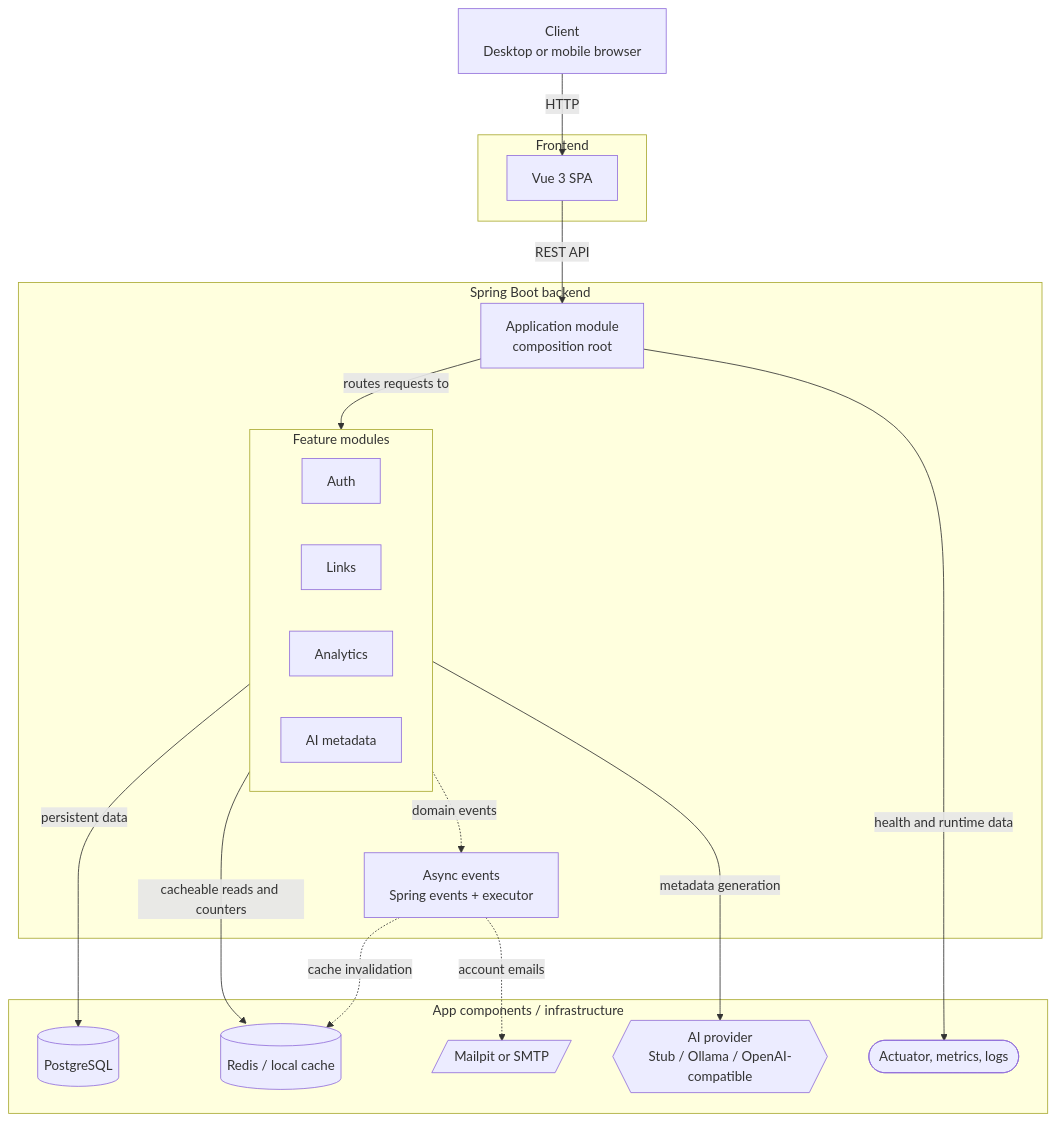
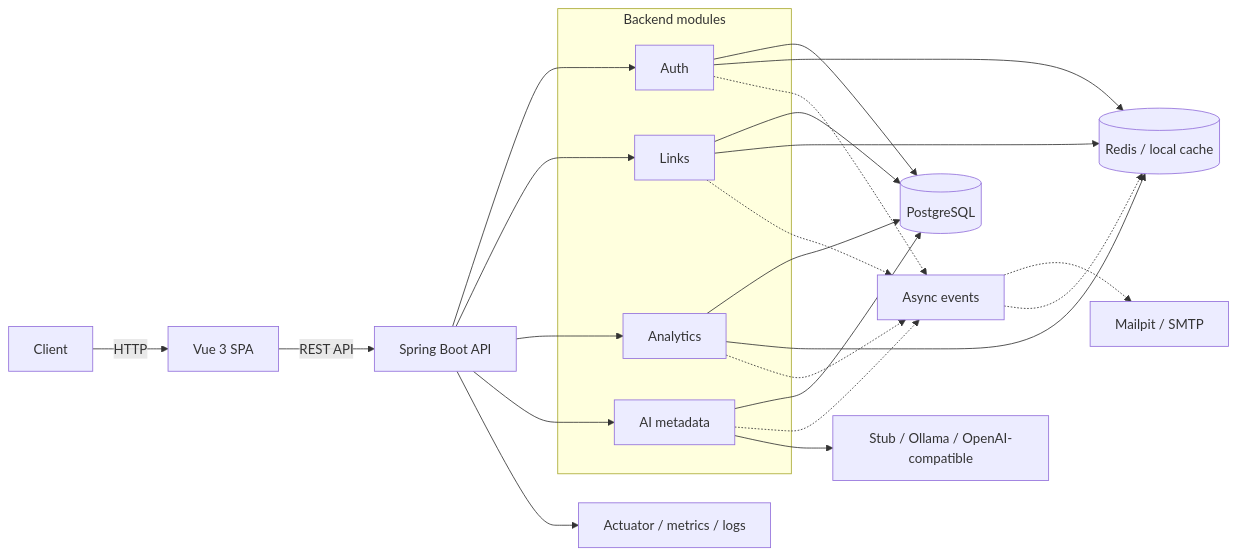
One commit to leoyakubov/weblink-pilot changed the diagram in README.md. Above: the diagram before and after it, drawn with Mermaid. The commit also changed other lines of this file, not shown here.

Commit message:
Polish README tech stack and architecture

````diff
--- a/README.md
+++ b/README.md
@@ -145,44 +172,46 @@
 ```mermaid
-flowchart TB
-    CLIENT["Client\nDesktop or mobile browser"]
+flowchart LR
+    CLIENT["Client"]
+    UI["Vue 3 SPA"]
+    API["Spring Boot API"]
 
-    subgraph FRONTEND["Frontend"]
-        UI["Vue 3 SPA"]
+    subgraph MODULES["Backend modules"]
+        AUTH["Auth"]
+        LINKS["Links"]
+        ANALYTICS["Analytics"]
+        AI["AI metadata"]
     end
 
-    subgraph BACKEND["Spring Boot backend"]
-        APP["Application module\ncomposition root"]
-
-        subgraph MODULES["Feature modules"]
-            direction LR
-            AUTH["Auth"]
-            LINKS["Links"]
-            ANALYTICS["Analytics"]
-            AI["AI metadata"]
-        end
-
-        EVENTS["Async events\nSpring events + executor"]
-    end
-
-    subgraph COMPONENTS["App components / infrastructure"]
-        DB[("PostgreSQL")]
-        CACHE[("Redis / local cache")]
-        MAIL[/"Mailpit or SMTP"/]
-        AI_PROVIDER{{"AI provider\nStub / Ollama / OpenAI-compatible"}}
-        OBS(["Actuator, metrics, logs"])
-    end
+    DB[("PostgreSQL")]
+    CACHE[("Redis / local cache")]
+    EVENTS["Async events"]
+    MAIL["Mailpit / SMTP"]
+    PROVIDER["Stub / Ollama / OpenAI-compatible"]
+    OBS["Actuator / metrics / logs"]
 
     CLIENT -->|"HTTP"| UI
-    UI -->|"REST API"| APP
+    UI -->|"REST API"| API
+    API --> AUTH
+    API --> LINKS
+    API --> ANALYTICS
+    API --> AI
 
-    APP -->|"routes requests to"| MODULES
+    AUTH --> DB
+    LINKS --> DB
+    ANALYTICS --> DB
+    AI --> DB
 
-    MODULES -->|"persistent data"| DB
-    MODULES -->|"cacheable reads and counters"| CACHE
-    APP -->|"health and runtime data"| OBS
+    LINKS --> CACHE
+    ANALYTICS --> CACHE
+    AUTH --> CACHE
 
-    MODULES -.->|"domain events"| EVENTS
-    EVENTS -.->|"account emails"| MAIL
-    EVENTS -.->|"cache invalidation"| CACHE
-    AI -->|"metadata generation"| AI_PROVIDER
+    AUTH -.-> EVENTS
+    LINKS -.-> EVENTS
+    ANALYTICS -.-> EVENTS
+    AI -.-> EVENTS
+
+    EVENTS -.-> MAIL
+    EVENTS -.-> CACHE
+    AI --> PROVIDER
+    API --> OBS
 ```
````
